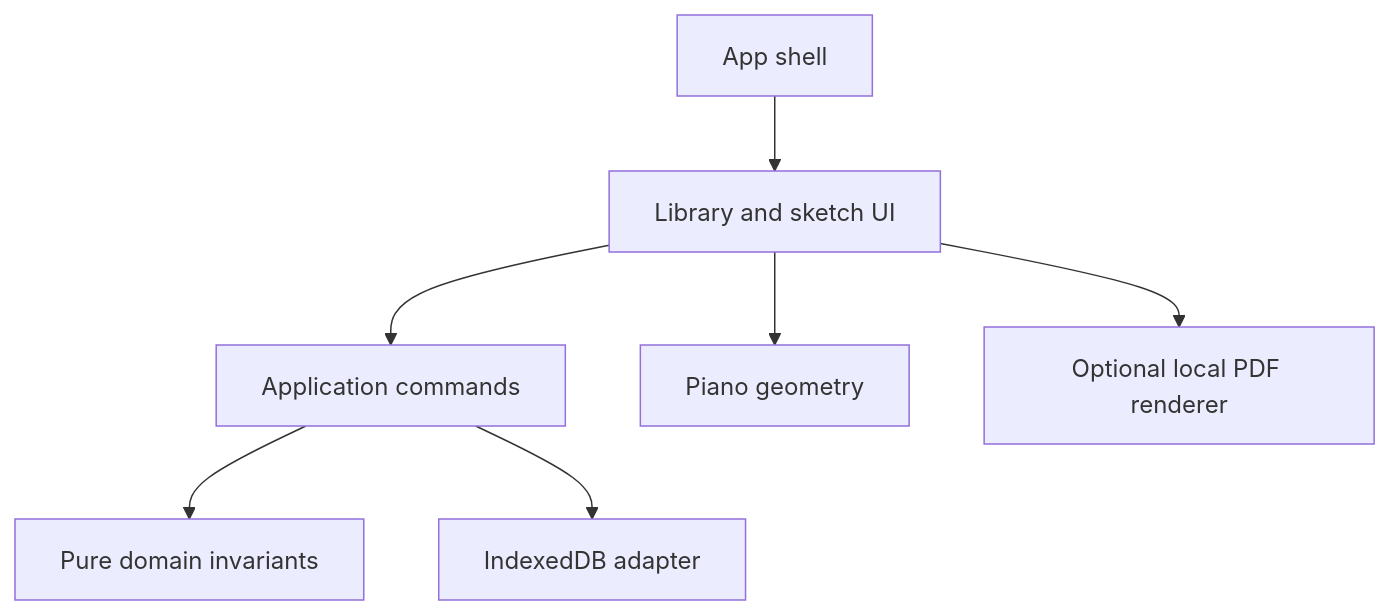
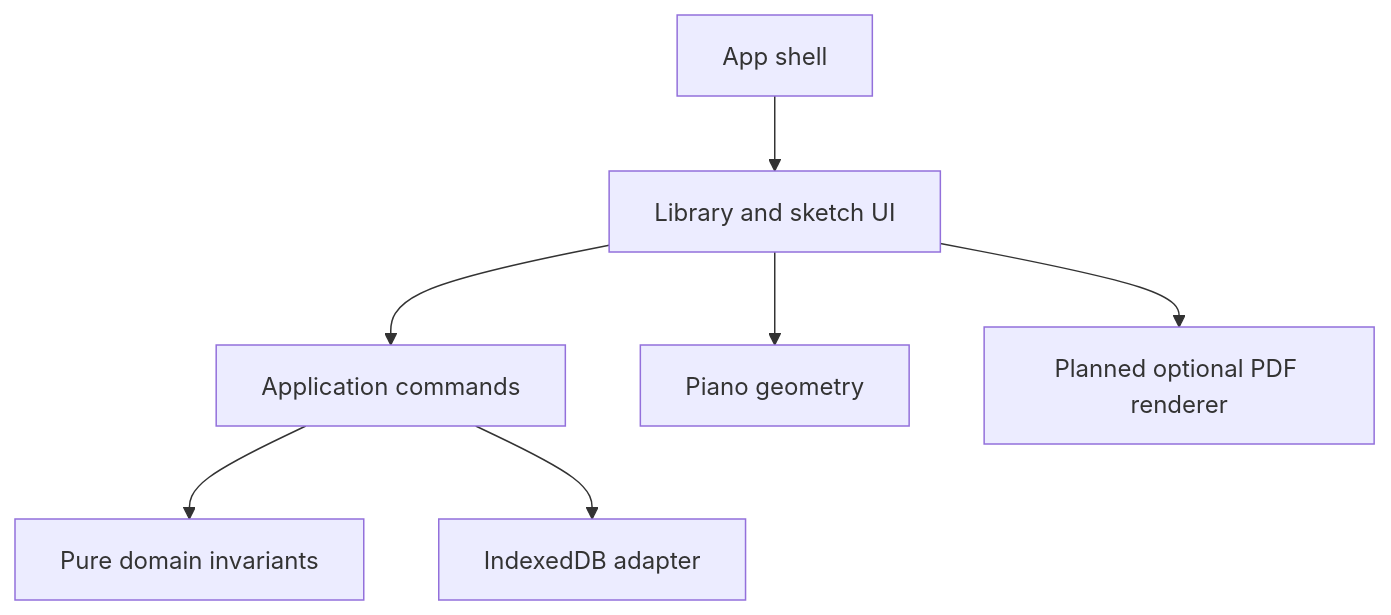
Before and after one commit to juangcarmona/scoremap: the diagram in docs/architecture/05-building-block-view/README.md, drawn with Mermaid. The commit also changed other lines of this file and 23 other files, not shown here.

````diff
--- a/docs/architecture/05-building-block-view/README.md
+++ b/docs/architecture/05-building-block-view/README.md
@@ -13,9 +13,9 @@
 ```mermaid
 flowchart TD
   Shell[App shell] --> UI[Library and sketch UI]
   UI --> Commands[Application commands]
   Commands --> Domain[Pure domain invariants]
   Commands --> Store[IndexedDB adapter]
   UI --> Piano[Piano geometry]
-  UI --> PDF[Optional local PDF renderer]
+  UI --> PDF[Planned optional PDF renderer]
 ```
````
